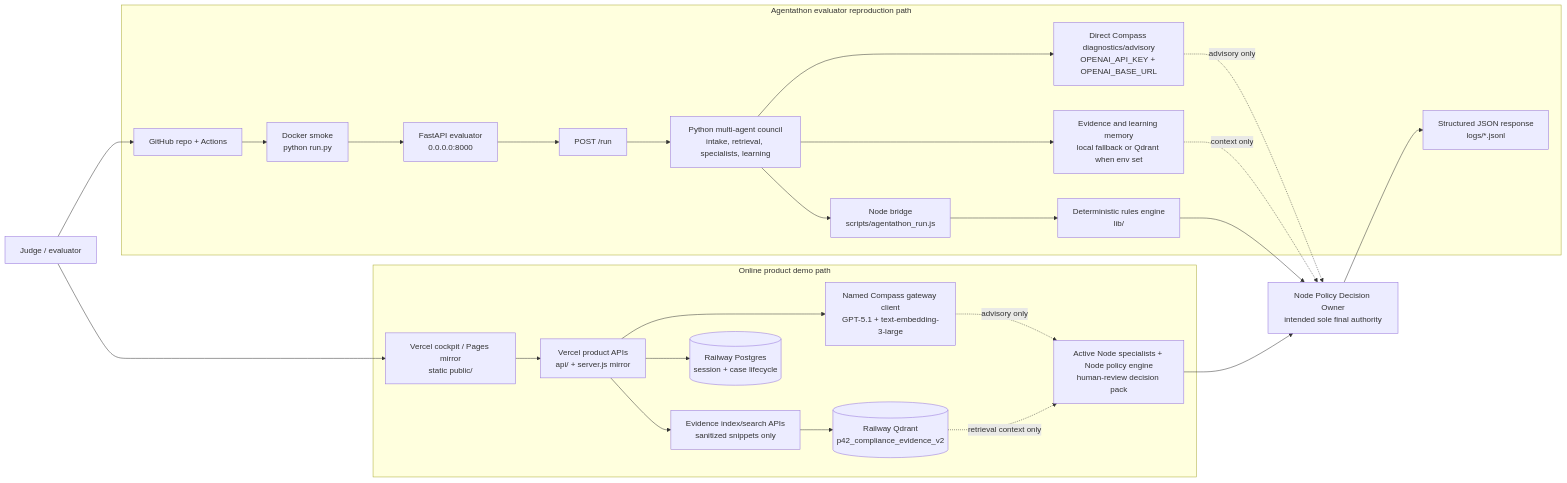
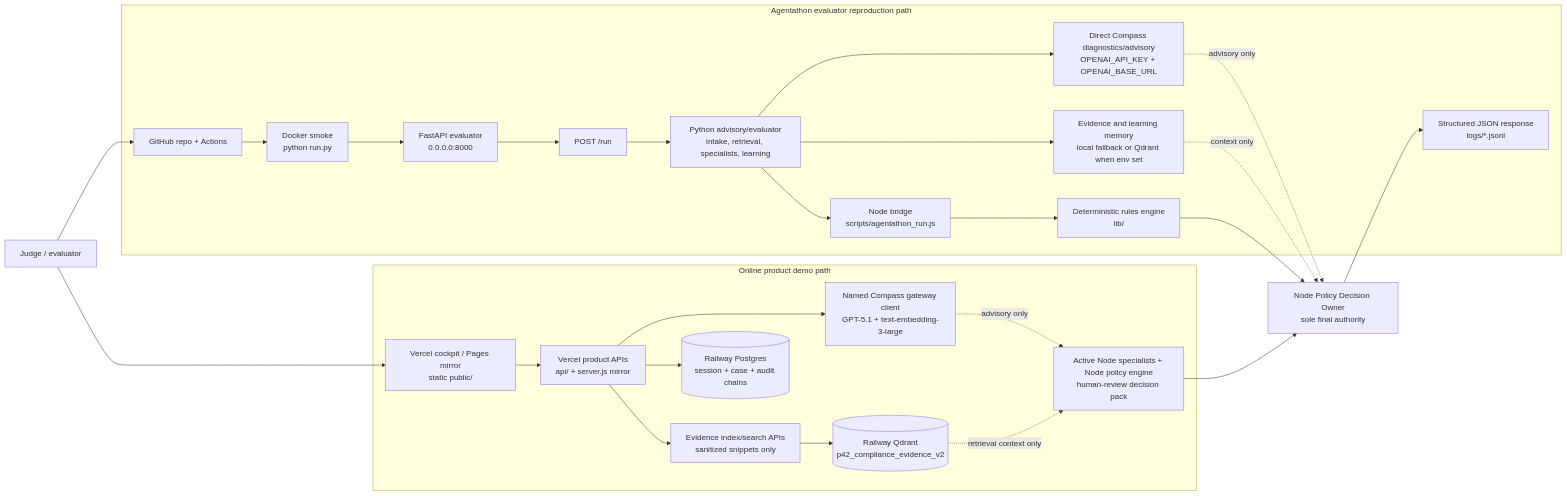
Before and after one commit to slackspac3/Parallax42-Agent-v2: the diagram in docs/AGENTATHON_SYSTEM_ARCHITECTURE.md, drawn with Mermaid. The commit also changed other lines of this file and 127 other files, not shown here.

````diff
--- a/docs/AGENTATHON_SYSTEM_ARCHITECTURE.md
+++ b/docs/AGENTATHON_SYSTEM_ARCHITECTURE.md
@@ -42,53 +42,53 @@
 ```mermaid
 flowchart LR
   Judge["Judge / evaluator"]
 
   subgraph OnlineProduct["Online product demo path"]
     Pages["Vercel cockpit / Pages mirror<br/>static public/"]
     Vercel["Vercel product APIs<br/>api/ + server.js mirror"]
     Gateway["Named Compass gateway client<br/>GPT-5.1 + text-embedding-3-large"]
     EvidenceAPI["Evidence index/search APIs<br/>sanitized snippets only"]
-    Postgres[("Railway Postgres<br/>session + case lifecycle")]
+    Postgres[("Railway Postgres<br/>session + case + audit chains")]
     Qdrant[("Railway Qdrant<br/>p42_compliance_evidence_v2")]
     ProductCouncil["Active Node specialists + Node policy engine<br/>human-review decision pack"]
   end
 
   subgraph EvaluatorPath["Agentathon evaluator reproduction path"]
     Repo["GitHub repo + Actions"]
     Docker["Docker smoke<br/>python run.py"]
     FastAPI["FastAPI evaluator<br/>0.0.0.0:8000"]
     Run["POST /run"]
-    Council["Python multi-agent council<br/>intake, retrieval, specialists, learning"]
+    Council["Python advisory/evaluator<br/>intake, retrieval, specialists, learning"]
     DirectCompass["Direct Compass diagnostics/advisory<br/>OPENAI_API_KEY + OPENAI_BASE_URL"]
     Memory["Evidence and learning memory<br/>local fallback or Qdrant when env set"]
     Bridge["Node bridge<br/>scripts/agentathon_run.js"]
     Rules["Deterministic rules engine<br/>lib/"]
     Logs["Structured JSON response<br/>logs/*.jsonl"]
   end
 
-  Owner["Node Policy Decision Owner<br/>intended sole final authority"]
+  Owner["Node Policy Decision Owner<br/>sole final authority"]
 
   Judge --> Pages
   Pages --> Vercel
   Vercel --> Gateway
   Vercel --> EvidenceAPI
   Vercel --> Postgres
   EvidenceAPI --> Qdrant
   Gateway -. "advisory only" .-> ProductCouncil
   Qdrant -. "retrieval context only" .-> ProductCouncil
   ProductCouncil --> Owner
 
   Judge --> Repo
   Repo --> Docker
   Docker --> FastAPI
   FastAPI --> Run
   Run --> Council
   Council --> DirectCompass
   Council --> Memory
   Council --> Bridge
   Bridge --> Rules
   DirectCompass -. "advisory only" .-> Owner
   Memory -. "context only" .-> Owner
   Rules --> Owner
   Owner --> Logs
 ```
````
